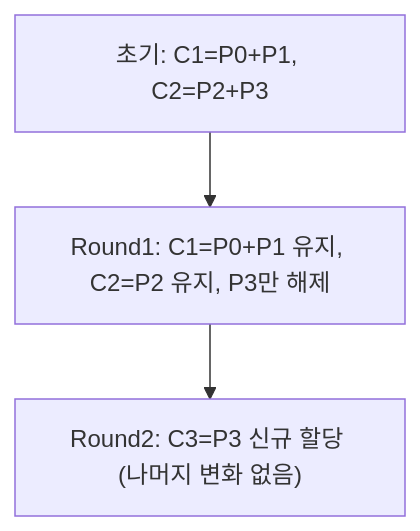
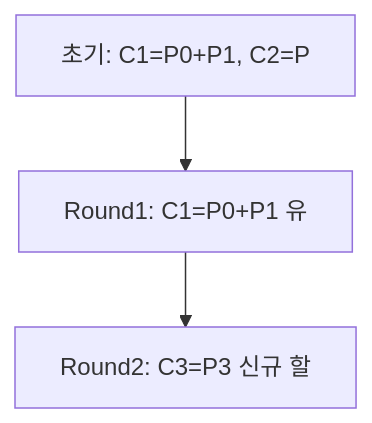
Before and after one commit to yjkim2015/yjkim2015.github.io: the ninth of 21 diagrams in _posts/kafka/2026-05-01-kafka-internals.md, drawn with Mermaid. The commit also changed other lines of this file and 271 other files, not shown here.

First line of the commit message:
Mermaid 라벨 축소: 긴 노드 텍스트 18자 이하로 트림 + \n 제거

````diff
--- a/_posts/kafka/2026-05-01-kafka-internals.md
+++ b/_posts/kafka/2026-05-01-kafka-internals.md
@@ -269,5 +269,5 @@
 ```mermaid
 graph TD
-    A["초기: C1=P0+P1, C2=P2+P3"] --> B["Round1: C1=P0+P1 유지, C2=P2 유지, P3만 해제"]
-    B --> C["Round2: C3=P3 신규 할당 (나머지 변화 없음)"]
+    A["초기: C1=P0+P1, C2=P"] --> B["Round1: C1=P0+P1 유"]
+    B --> C["Round2: C3=P3 신규 할"]
 ```
````
